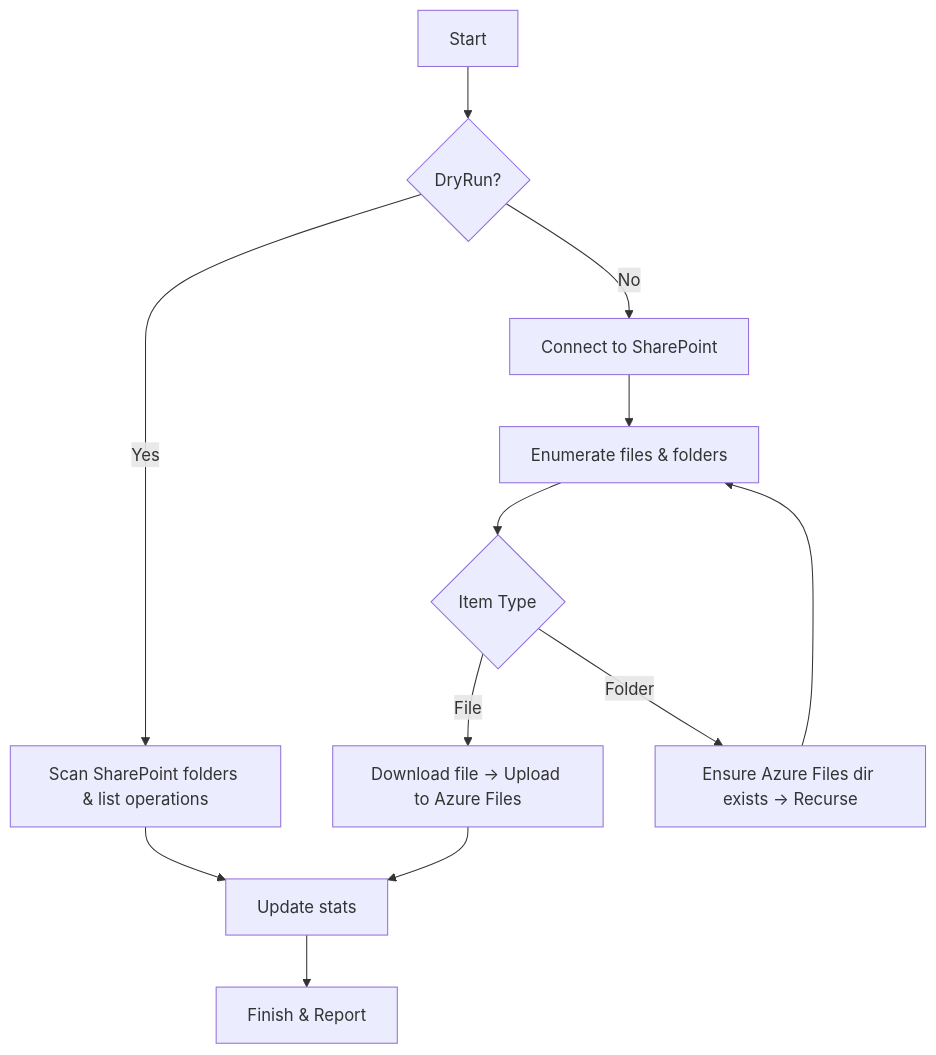
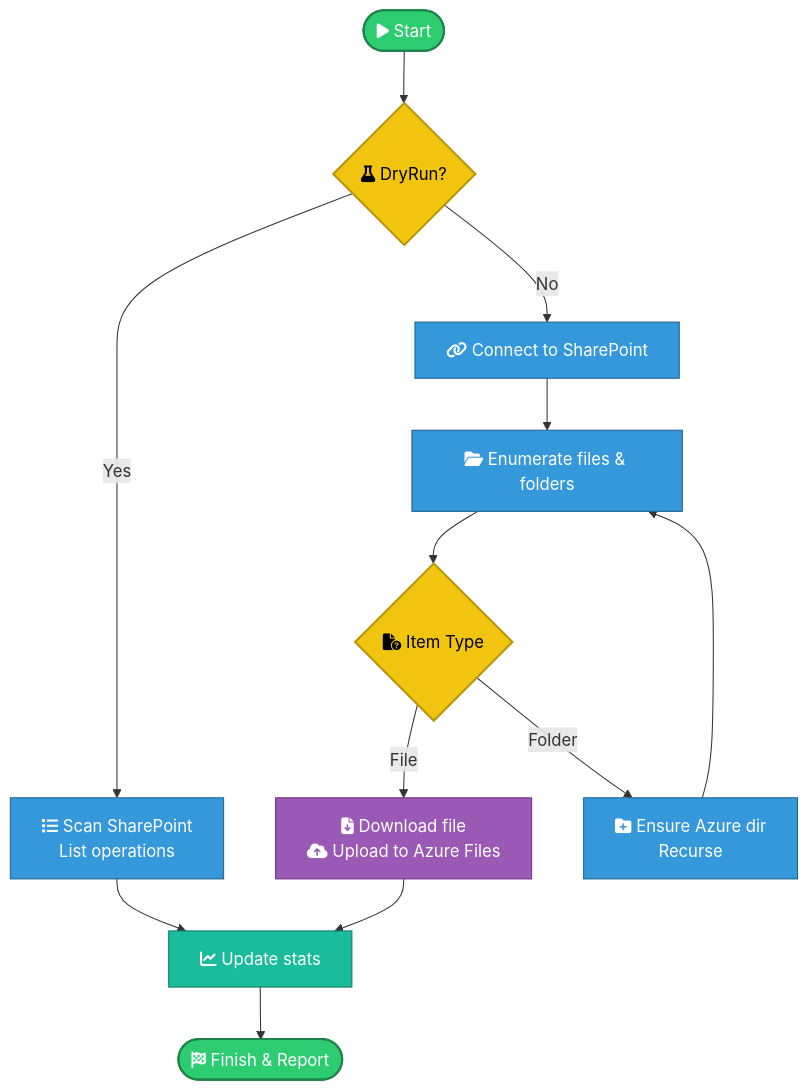
One commit to Lubenz007/lubenz007.github.io changed the diagram in _posts/2025-12-23-sharepoint-to-azurefilez.md. Above: the diagram before and after it, drawn with Mermaid. The commit also changed other lines of this file, not shown here.

````diff
--- a/_posts/2025-12-23-sharepoint-to-azurefilez.md
+++ b/_posts/2025-12-23-sharepoint-to-azurefilez.md
@@ -28,14 +26,38 @@
 ```mermaid
 flowchart TD
-  A[Start] --> B{DryRun?}
-  B -- Yes --> C[Scan SharePoint folders & list operations]
-  B -- No --> D[Connect to SharePoint]
-  D --> E[Enumerate files & folders]
-  E --> F{Item Type}
-  F -- File --> G[Download file -> Upload to Azure Files]
-  F -- Folder --> H[Ensure Azure Files dir exists -> Recurse]
-  G --> I[Update stats]
+  A([<i class="fa fa-play"></i> Start])
+  B{<i class="fa fa-flask"></i> DryRun?}
+  C[<i class="fa fa-list"></i> Scan SharePoint<br/>List operations]
+  D[<i class="fa fa-link"></i> Connect to SharePoint]
+  E[<i class="fa fa-folder-open"></i> Enumerate files & folders]
+  F{<i class="fa fa-file-circle-question"></i> Item Type}
+  G[<i class="fa fa-file-arrow-down"></i> Download file<br/><i class="fa fa-cloud-arrow-up"></i> Upload to Azure Files]
+  H[<i class="fa fa-folder-plus"></i> Ensure Azure dir<br/>Recurse]
+  I[<i class="fa fa-chart-line"></i> Update stats]
+  J([<i class="fa fa-flag-checkered"></i> Finish & Report])
+
+  A --> B
+  B -- Yes --> C
+  B -- No --> D
+  D --> E
+  E --> F
+  F -- File --> G
+  F -- Folder --> H
   H --> E
+  G --> I
   C --> I
-  I --> J[Finish & Report]
+  I --> J
+
+  %% Styles
+  classDef startEnd fill:#2ecc71,color:#fff,stroke:#1e8449,stroke-width:2px
+  classDef decision fill:#f1c40f,color:#000,stroke:#b7950b,stroke-width:2px
+  classDef process fill:#3498db,color:#fff,stroke:#21618c
+  classDef io fill:#9b59b6,color:#fff,stroke:#6c3483
+  classDef stats fill:#1abc9c,color:#fff,stroke:#117a65
+
+  class A,J startEnd
+  class B,F decision
+  class C,D,E,H process
+  class G io
+  class I stats
 ```
````
